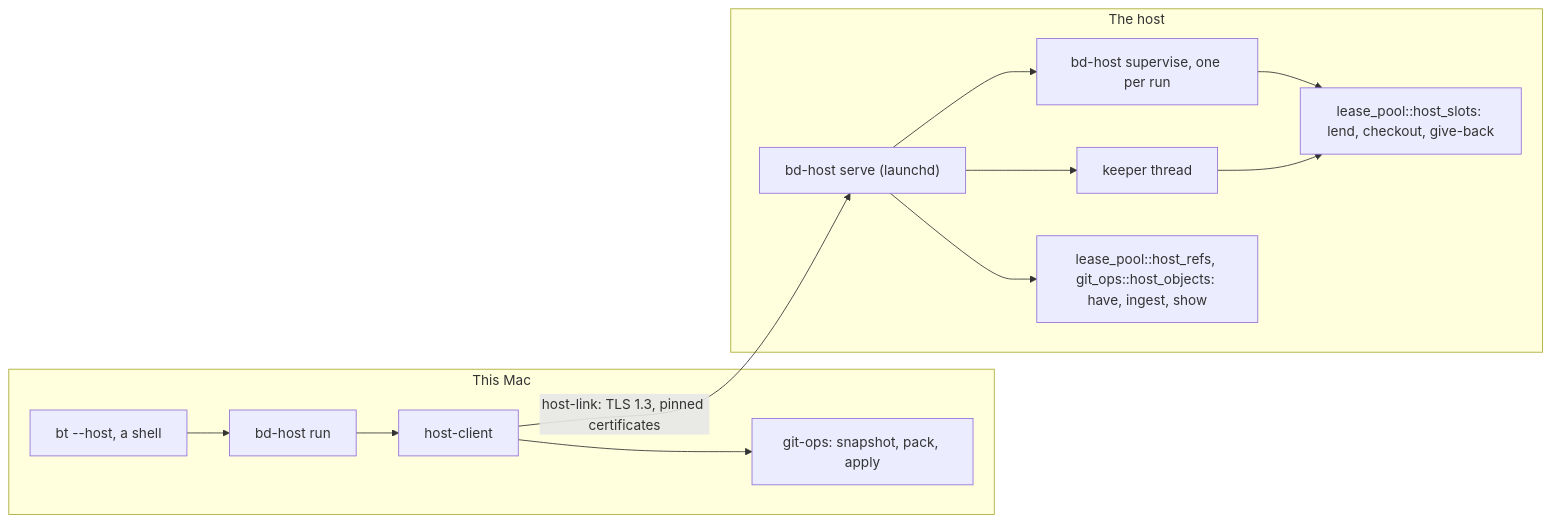
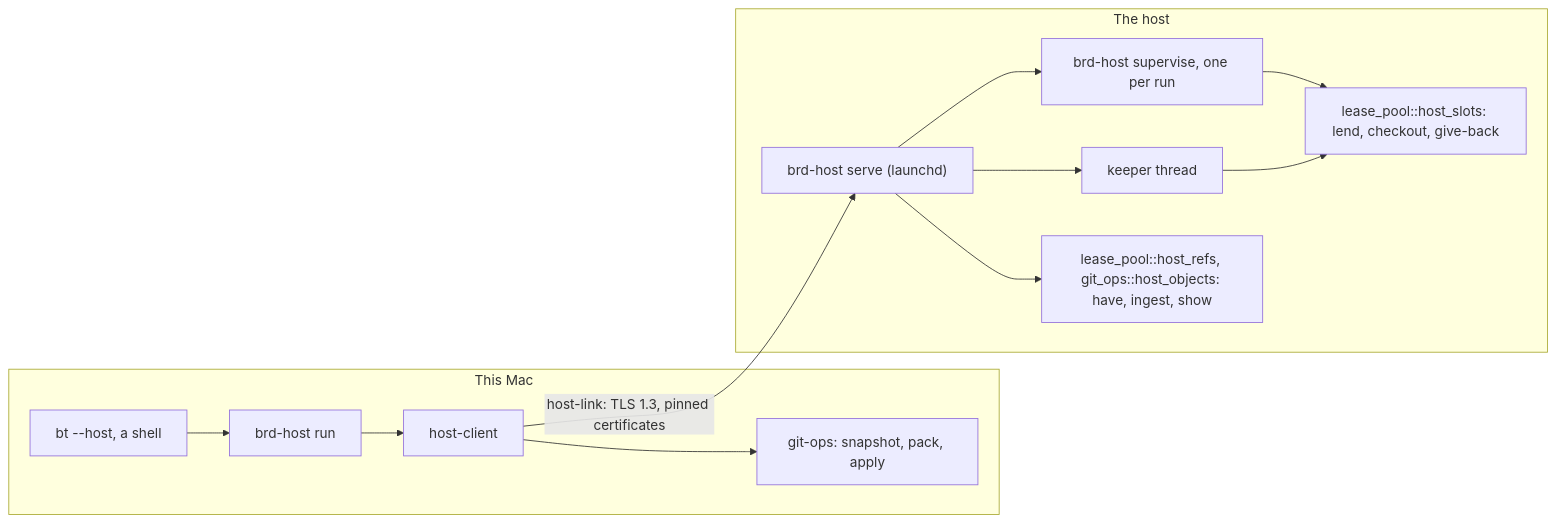
The diagram in docs/design/host-runs.md (develar/branch-deck), drawn with Mermaid before and after one commit. The commit also changed other lines of this file and 544 other files, not shown here.

First line of the commit message:
feat(bd)!: rename the agent CLI to brd and bd-host to brd-host

````diff
--- a/docs/design/host-runs.md
+++ b/docs/design/host-runs.md
@@ -38,16 +38,16 @@
 ```mermaid
 flowchart LR
   subgraph Client["This Mac"]
-    BT["bt --host, a shell"] --> RUN["bd-host run"]
+    BT["bt --host, a shell"] --> RUN["brd-host run"]
     RUN --> HC["host-client"]
     HC --> GO["git-ops: snapshot, pack, apply"]
   end
   subgraph Host["The host"]
-    SERVE["bd-host serve (launchd)"] --> SUP["bd-host supervise, one per run"]
+    SERVE["brd-host serve (launchd)"] --> SUP["brd-host supervise, one per run"]
     SERVE --> KEEP["keeper thread"]
     SUP --> HS["lease_pool::host_slots: lend, checkout, give-back"]
     KEEP --> HS
     SERVE --> HO["lease_pool::host_refs, git_ops::host_objects: have, ingest, show"]
   end
   HC -- "host-link: TLS 1.3, pinned certificates" --> SERVE
 ```
````
